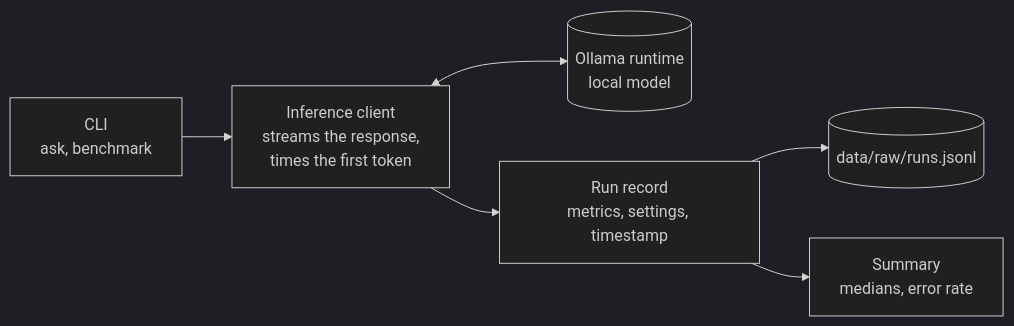
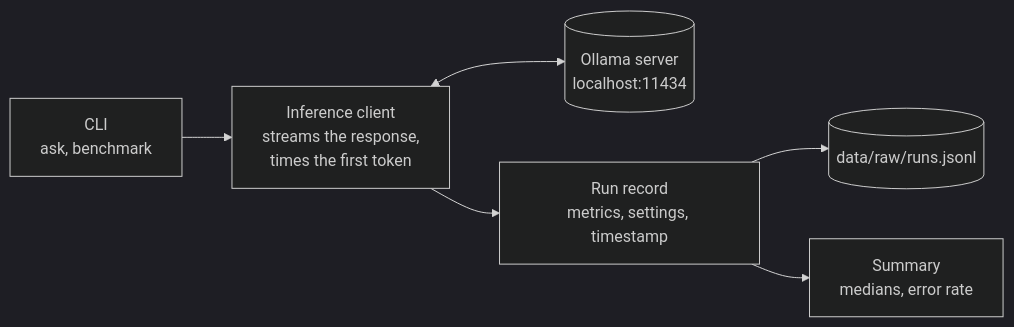
The diagram in README.md (saicharan-nidiganti/local-ai-benchmark), drawn with Mermaid (dark theme) before and after one commit. The commit also changed other lines of this file and 15 other files, not shown here.

First line of the commit message:
docs: requirements, architecture, ADRs, roadmap and contributor guide (#37)

````diff
--- a/README.md
+++ b/README.md
@@ -48,8 +51,8 @@
 ```mermaid
 flowchart LR
     cli["CLI<br/>ask, benchmark"] --> client["Inference client<br/>streams the response,<br/>times the first token"]
-    client <--> ollama[("Ollama runtime<br/>local model")]
+    client <--> ollama[("Ollama server<br/>localhost:11434")]
     client --> record["Run record<br/>metrics, settings, timestamp"]
     record --> jsonl[("data/raw/runs.jsonl")]
     record --> summary["Summary<br/>medians, error rate"]
 ```
````
